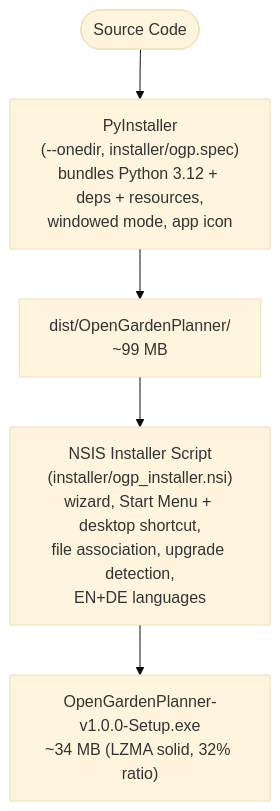
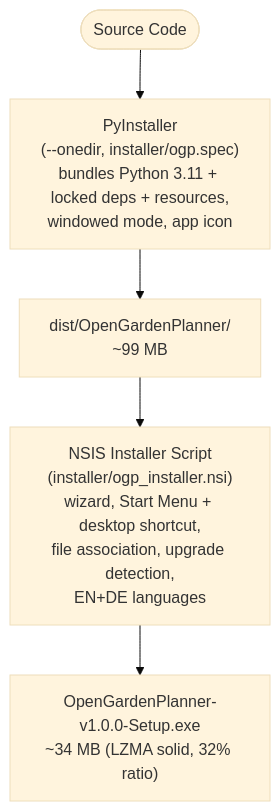
Before and after one commit to cofade/open-garden-planner: the first of 3 diagrams in docs/07-deployment-view/README.md, drawn with Mermaid (base theme). The commit also changed other lines of this file and 69 other files, not shown here.

````diff
--- a/docs/07-deployment-view/README.md
+++ b/docs/07-deployment-view/README.md
@@ -15,10 +15,10 @@
 ```mermaid
 flowchart TD
     Src([Source Code])
-    PI["PyInstaller<br/>(--onedir, installer/ogp.spec)<br/>bundles Python 3.12 + deps + resources,<br/>windowed mode, app icon"]
+    PI["PyInstaller<br/>(--onedir, installer/ogp.spec)<br/>bundles Python 3.11 + locked deps + resources,<br/>windowed mode, app icon"]
     Bundle["dist/OpenGardenPlanner/<br/>~99 MB"]
     NSIS["NSIS Installer Script<br/>(installer/ogp_installer.nsi)<br/>wizard, Start Menu + desktop shortcut,<br/>file association, upgrade detection,<br/>EN+DE languages"]
     Out["OpenGardenPlanner-v1.0.0-Setup.exe<br/>~34 MB (LZMA solid, 32% ratio)"]
 
     Src --> PI --> Bundle --> NSIS --> Out
 ```
````
